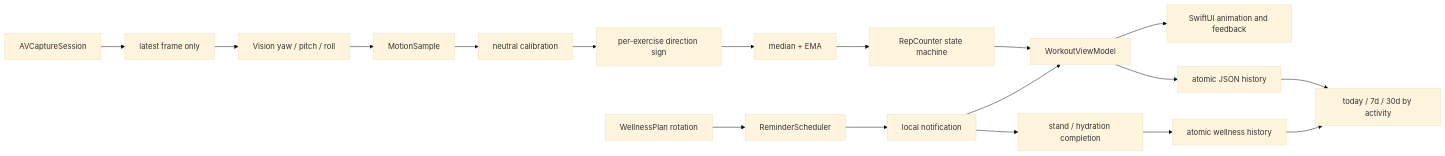
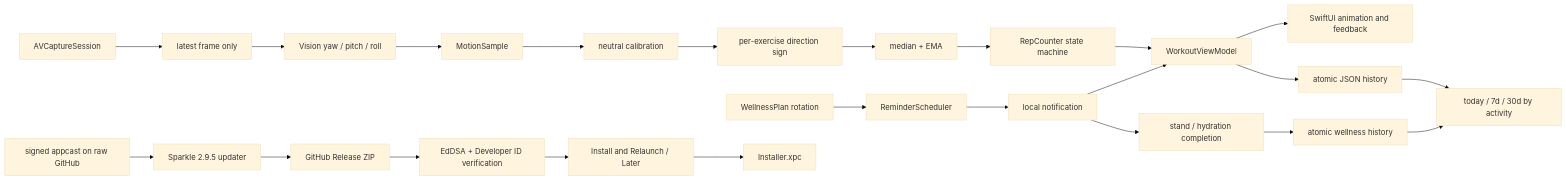
One commit to EigenLogic/MellowDesk changed the first of 2 diagrams in docs/TECHNICAL_DESIGN.md. Above: the diagram before and after it, drawn with Mermaid (base theme). The commit also changed other lines of this file and 30 other files, not shown here.

````diff
--- a/docs/TECHNICAL_DESIGN.md
+++ b/docs/TECHNICAL_DESIGN.md
@@ -16,20 +16,25 @@
 ```mermaid
 flowchart LR
   Camera["AVCaptureSession"] --> Frame["latest frame only"]
   Frame --> Vision["Vision yaw / pitch / roll"]
   Vision --> Sample["MotionSample"]
   Sample --> Calibration["neutral calibration"]
   Calibration --> Direction["per-exercise direction sign"]
   Direction --> Filter["median + EMA"]
   Filter --> Counter["RepCounter state machine"]
   Counter --> Workout["WorkoutViewModel"]
   Workout --> UI["SwiftUI animation and feedback"]
   Workout --> History["atomic JSON history"]
   Quick["stand / hydration completion"] --> ActivityHistory["atomic wellness history"]
   History --> Dashboard["today / 7d / 30d by activity"]
   ActivityHistory --> Dashboard
   Reminder["ReminderScheduler"] --> Notification["local notification"]
   Plan["WellnessPlan rotation"] --> Reminder
   Notification --> Quick
   Notification --> Workout
+  Appcast["signed appcast on raw GitHub"] --> Sparkle["Sparkle 2.9.5 updater"]
+  Sparkle --> Archive["GitHub Release ZIP"]
+  Archive --> Verify["EdDSA + Developer ID verification"]
+  Verify --> Ready["Install and Relaunch / Later"]
+  Ready --> Install["Installer.xpc"]
 ```
````
